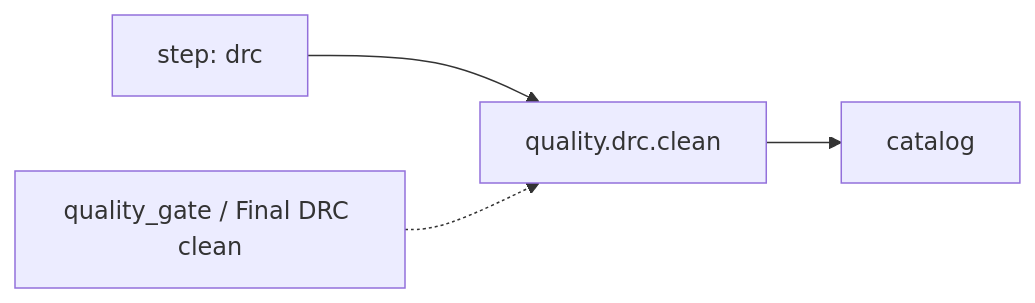
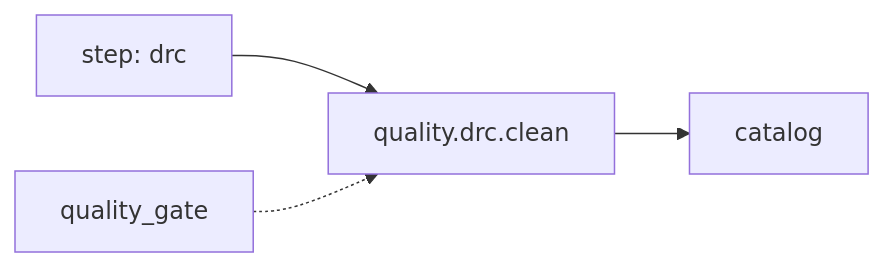
Before and after one commit to openecos-projects/ecc: the tenth of 45 diagrams in .github/signoff-board/signoff-kanban.md, drawn with Mermaid. The commit also changed other lines of this file and 4 other files, not shown here.

````diff
--- a/.github/signoff-board/signoff-kanban.md
+++ b/.github/signoff-board/signoff-kanban.md
@@ -165,6 +337,6 @@
 ```mermaid
 flowchart LR
   step_quality_drc_clean["step: drc"] --> metric_quality_drc_clean["quality.drc.clean"]
   metric_quality_drc_clean --> state_quality_drc_clean["catalog"]
-  catalog_quality_drc_clean["quality_gate / Final DRC clean"] -.-> metric_quality_drc_clean
+  cat_quality_drc_clean["quality_gate"] -.-> metric_quality_drc_clean
 ```
````
